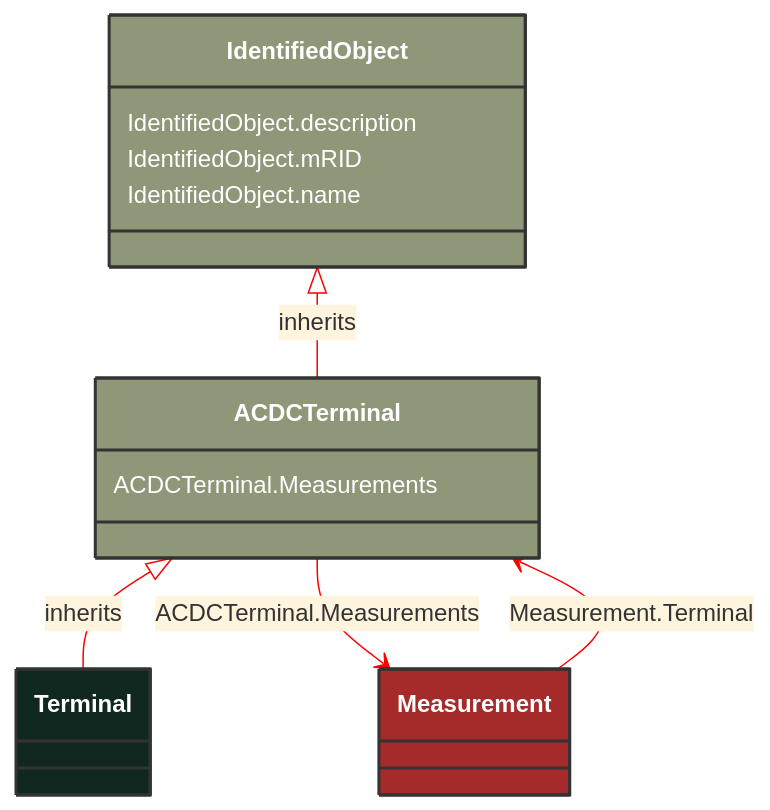
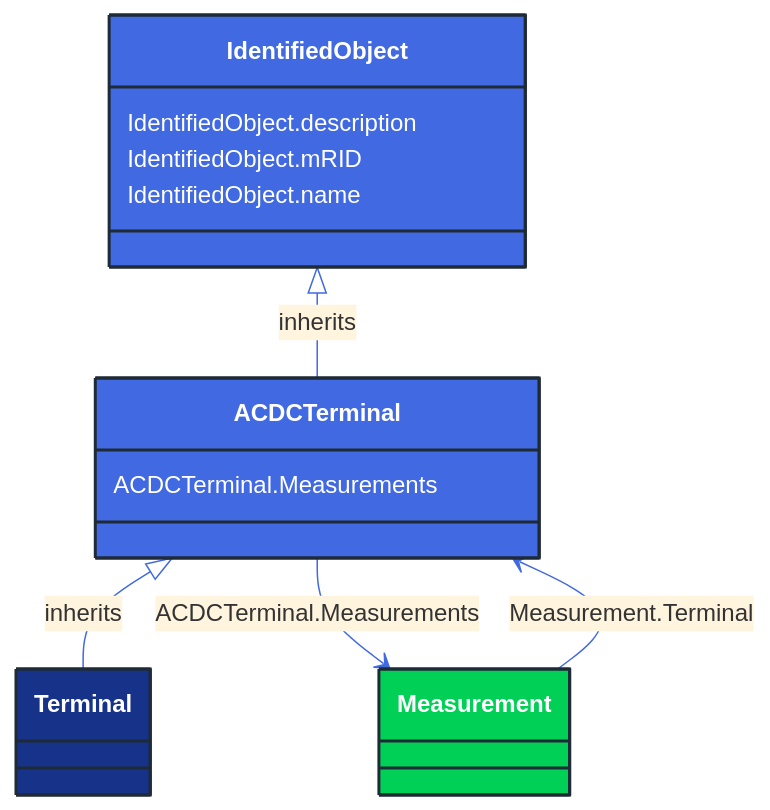
The diagram in docs/Models/Profiles/Operation/ConcreteClasses/Terminal.md (3lbits/NoCIMExtensions), drawn with Mermaid before and after one commit. The commit also changed 362 other files, not shown here.

First line of the commit message:
Update diagrams and styles for improved visual consistency

````diff
--- a/docs/Models/Profiles/Operation/ConcreteClasses/Terminal.md
+++ b/docs/Models/Profiles/Operation/ConcreteClasses/Terminal.md
@@ -8,33 +8,33 @@
 ```mermaid
-%%{init: {'theme':'base','themeVariables': {'lineColor': '#FF0000'}}}%%
+%%{init: {'theme':'base','themeVariables': {'lineColor': '#4169E1'}}}%%
 classDiagram
     class Terminal
     click Terminal href "/Models/Profiles/Operation/ConcreteClasses/Terminal/"
-    style Terminal fill:#102820,stroke:#333,stroke-width:2px,rx:10,ry:10,color:white
+    style Terminal fill:#163289,stroke:#1F2A37,stroke-width:2px,rx:10,ry:10,color:white
      
         ACDCTerminal <|-- Terminal : inherits
             click ACDCTerminal href "/Models/Profiles/Operation/AbstractClasses/ACDCTerminal/"
-            style ACDCTerminal fill:#8F9779,stroke:#333,stroke-width:2px,rx:10,ry:10,color:white
+            style ACDCTerminal fill:#4169E1,stroke:#1F2A37,stroke-width:2px,rx:10,ry:10,color:white
      
         IdentifiedObject <|-- ACDCTerminal : inherits
             click IdentifiedObject href "/Models/Profiles/Operation/AbstractClasses/IdentifiedObject/"
-            style IdentifiedObject fill:#8F9779,stroke:#333,stroke-width:2px,rx:10,ry:10,color:white
+            style IdentifiedObject fill:#4169E1,stroke:#1F2A37,stroke-width:2px,rx:10,ry:10,color:white
 
         ACDCTerminal --> Measurement : ACDCTerminal.Measurements
 
         Measurement
             click Measurement href "/Models/Profiles/Operation/AbstractClasses/Measurement/"
-            style Measurement fill:#A52A2A,stroke:#333,stroke-width:2px,rx:10,ry:10,color:white
+            style Measurement fill:#00D156,stroke:#1F2A37,stroke-width:2px,rx:10,ry:10,color:white
 
         Measurement --> ACDCTerminal : Measurement.Terminal
 
         Measurement
             click Measurement href "/Models/Profiles/Operation/AbstractClasses/Measurement/"
-            style Measurement fill:#A52A2A,stroke:#333,stroke-width:2px,rx:10,ry:10,color:white
+            style Measurement fill:#00D156,stroke:#1F2A37,stroke-width:2px,rx:10,ry:10,color:white
 
 
         ACDCTerminal : ACDCTerminal.Measurements
         IdentifiedObject : IdentifiedObject.description
         IdentifiedObject : IdentifiedObject.mRID
         IdentifiedObject : IdentifiedObject.name
 ```
````
